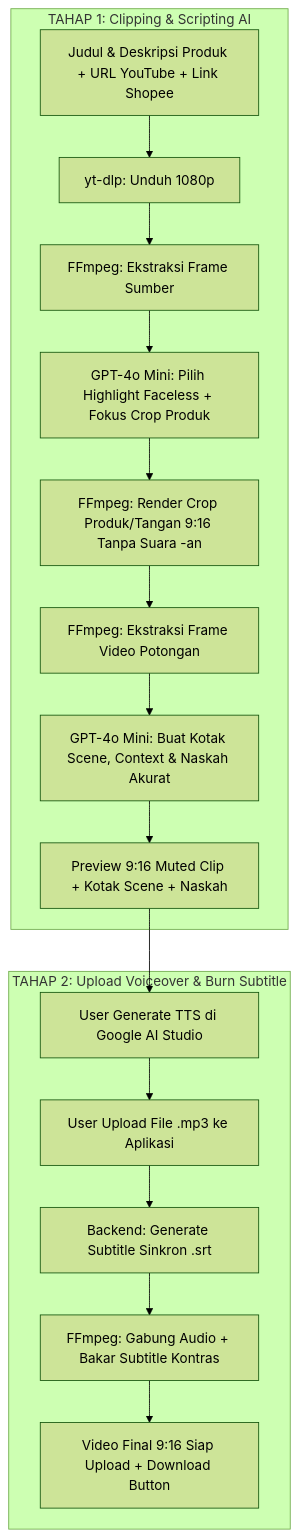
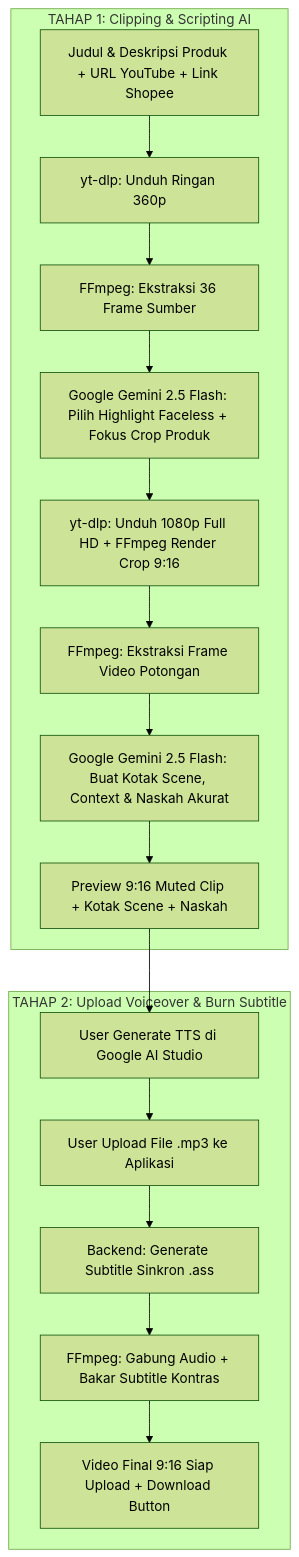
The diagram in README.md (Zozodoank/clipper), drawn with Mermaid (forest theme) before and after one commit. The commit also changed other lines of this file and 9 other files, not shown here.

Commit message:
feat: make Google Gemini 2.5 Flash default AI engine with Aivene fallback and settings selector

````diff
--- a/README.md
+++ b/README.md
@@ -11,20 +11,20 @@
 ```mermaid
 flowchart TD
     subgraph TAHAP 1: Clipping & Scripting AI
-        A[Judul & Deskripsi Produk + URL YouTube + Link Shopee] --> B[yt-dlp: Unduh 1080p]
-        B --> C[FFmpeg: Ekstraksi Frame Sumber]
-        C --> D[GPT-4o Mini: Pilih Highlight Faceless + Fokus Crop Produk]
-        D --> E[FFmpeg: Render Crop Produk/Tangan 9:16 Tanpa Suara -an]
+        A[Judul & Deskripsi Produk + URL YouTube + Link Shopee] --> B[yt-dlp: Unduh Ringan 360p]
+        B --> C[FFmpeg: Ekstraksi 36 Frame Sumber]
+        C --> D[Google Gemini 2.5 Flash: Pilih Highlight Faceless + Fokus Crop Produk]
+        D --> E[yt-dlp: Unduh 1080p Full HD + FFmpeg Render Crop 9:16]
         E --> F[FFmpeg: Ekstraksi Frame Video Potongan]
-        F --> G[GPT-4o Mini: Buat Kotak Scene, Context & Naskah Akurat]
+        F --> G[Google Gemini 2.5 Flash: Buat Kotak Scene, Context & Naskah Akurat]
         G --> H[Preview 9:16 Muted Clip + Kotak Scene + Naskah]
     end
 
     subgraph TAHAP 2: Upload Voiceover & Burn Subtitle
         H --> I[User Generate TTS di Google AI Studio]
         I --> J[User Upload File .mp3 ke Aplikasi]
-        J --> K[Backend: Generate Subtitle Sinkron .srt]
+        J --> K[Backend: Generate Subtitle Sinkron .ass]
         K --> L[FFmpeg: Gabung Audio + Bakar Subtitle Kontras]
         L --> M[Video Final 9:16 Siap Upload + Download Button]
     end
 ```
````
